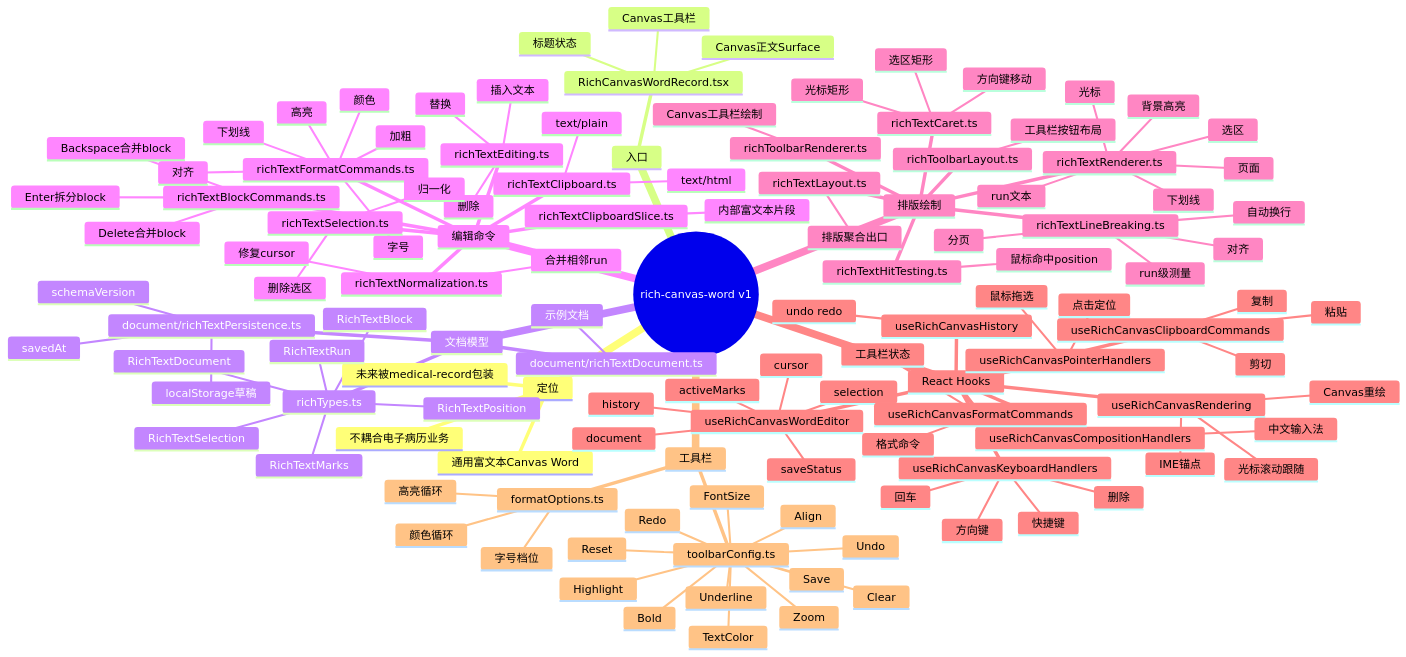
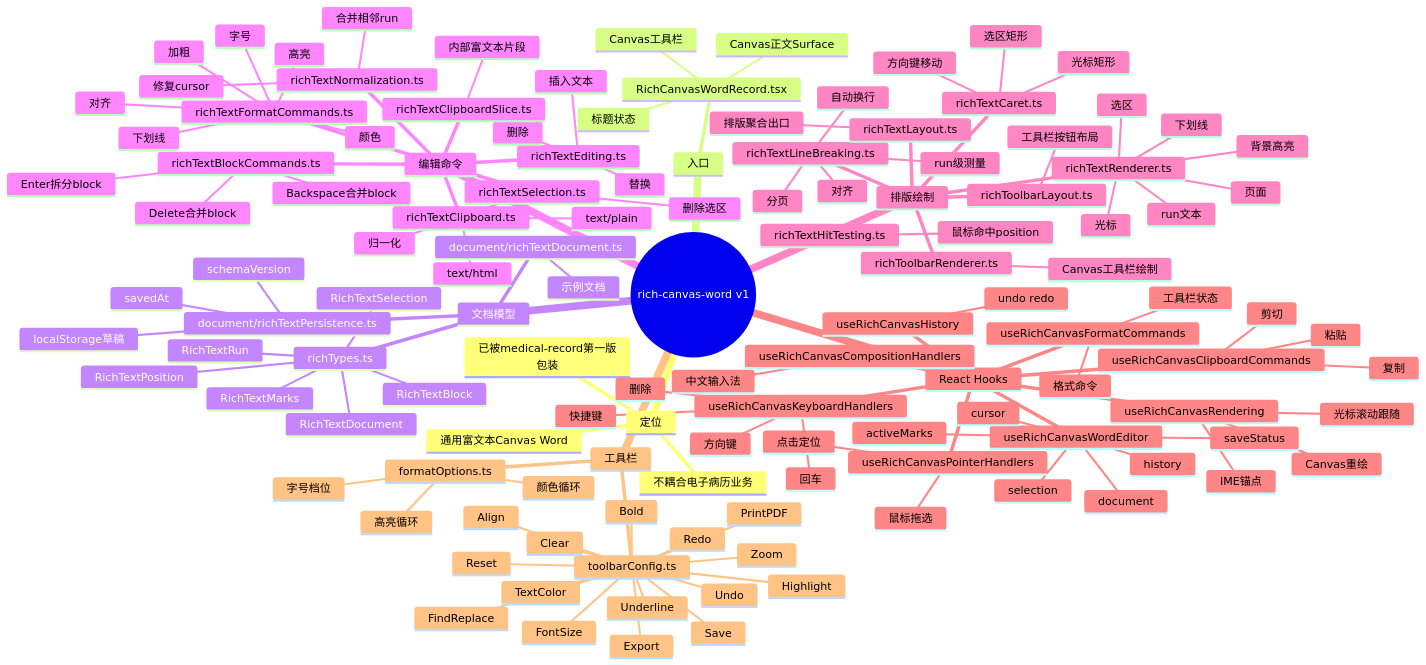
One commit to canlan527/react-emr-demo changed the fourth of 10 diagrams in docs/11-emr-rich-canvas-word-mindmap.md. Above: the diagram before and after it, drawn with Mermaid. The commit also changed other lines of this file and 41 other files, not shown here.

```diff
--- a/docs/11-emr-rich-canvas-word-mindmap.md
+++ b/docs/11-emr-rich-canvas-word-mindmap.md
@@ -162,7 +174,7 @@
     定位
       通用富文本Canvas Word
       不耦合电子病历业务
-      未来被medical-record包装
+      已被medical-record第一版包装
     入口
       RichCanvasWordRecord.tsx
         标题状态
@@ -279,6 +291,9 @@
         Clear
         Align
         Zoom
+        FindReplace
+        Export
+        PrintPDF
       formatOptions.ts
         字号档位
         颜色循环
```
